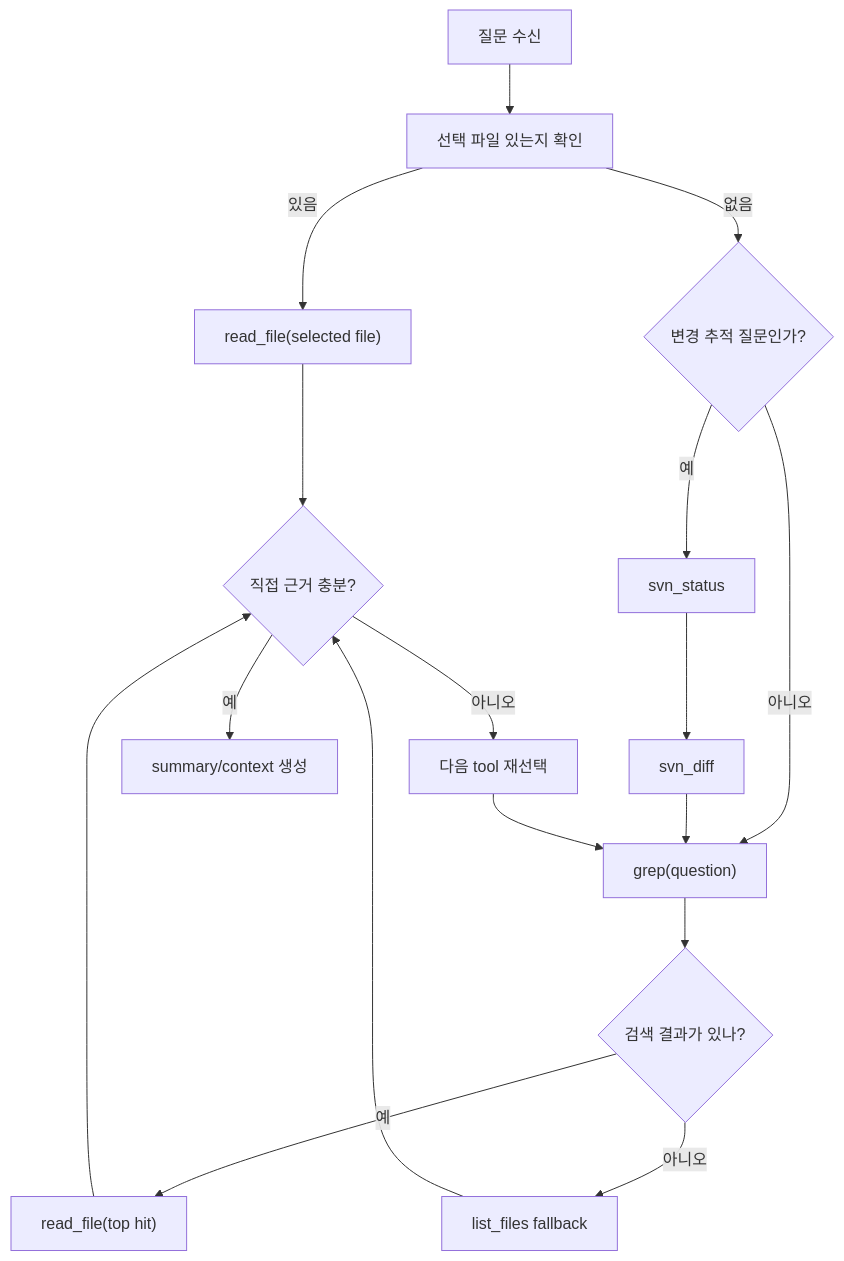
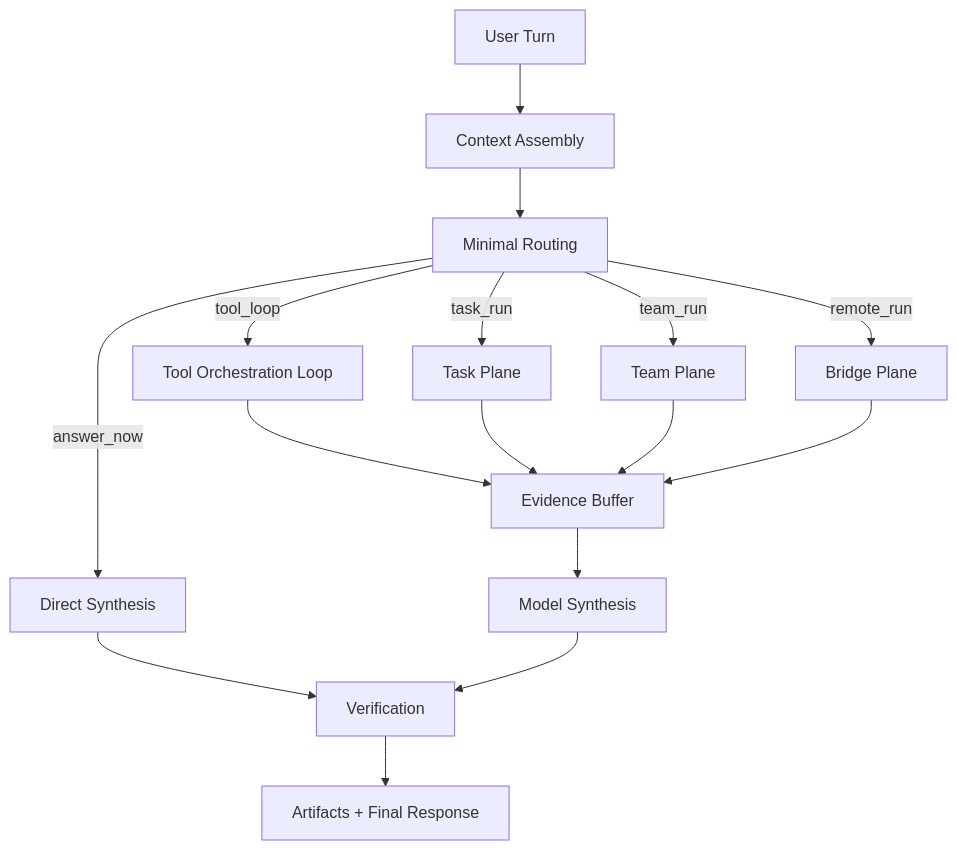
The diagram in docs/02-design/desktop_layered_tool_loop_architecture.md (needitem/pixllm), drawn with Mermaid before and after one commit. The commit also changed other lines of this file and 94 other files, not shown here.

````diff
--- a/docs/02-design/desktop_layered_tool_loop_architecture.md
+++ b/docs/02-design/desktop_layered_tool_loop_architecture.md
@@ -156,19 +38,18 @@
 ```mermaid
 flowchart TD
-    A["질문 수신"] --> B["선택 파일 있는지 확인"]
-    B -->|있음| C["read_file(selected file)"]
-    B -->|없음| D{"변경 추적 질문인가?"}
-    D -->|예| E["svn_status"]
-    E --> F["svn_diff"]
-    D -->|아니오| G["grep(question)"]
-    C --> H{"직접 근거 충분?"}
-    F --> G
-    G --> I{"검색 결과가 있나?"}
-    I -->|예| J["read_file(top hit)"]
-    I -->|아니오| K["list_files fallback"]
-    J --> H
-    K --> H
-    H -->|예| L["summary/context 생성"]
-    H -->|아니오| M["다음 tool 재선택"]
-    M --> G
+    A["User Turn"] --> B["Context Assembly"]
+    B --> C["Minimal Routing"]
+    C -->|answer_now| D["Direct Synthesis"]
+    C -->|tool_loop| E["Tool Orchestration Loop"]
+    C -->|task_run| F["Task Plane"]
+    C -->|team_run| G["Team Plane"]
+    C -->|remote_run| H["Bridge Plane"]
+    E --> I["Evidence Buffer"]
+    F --> I
+    G --> I
+    H --> I
+    I --> J["Model Synthesis"]
+    D --> K["Verification"]
+    J --> K["Verification"]
+    K --> L["Artifacts + Final Response"]
 ```
````
